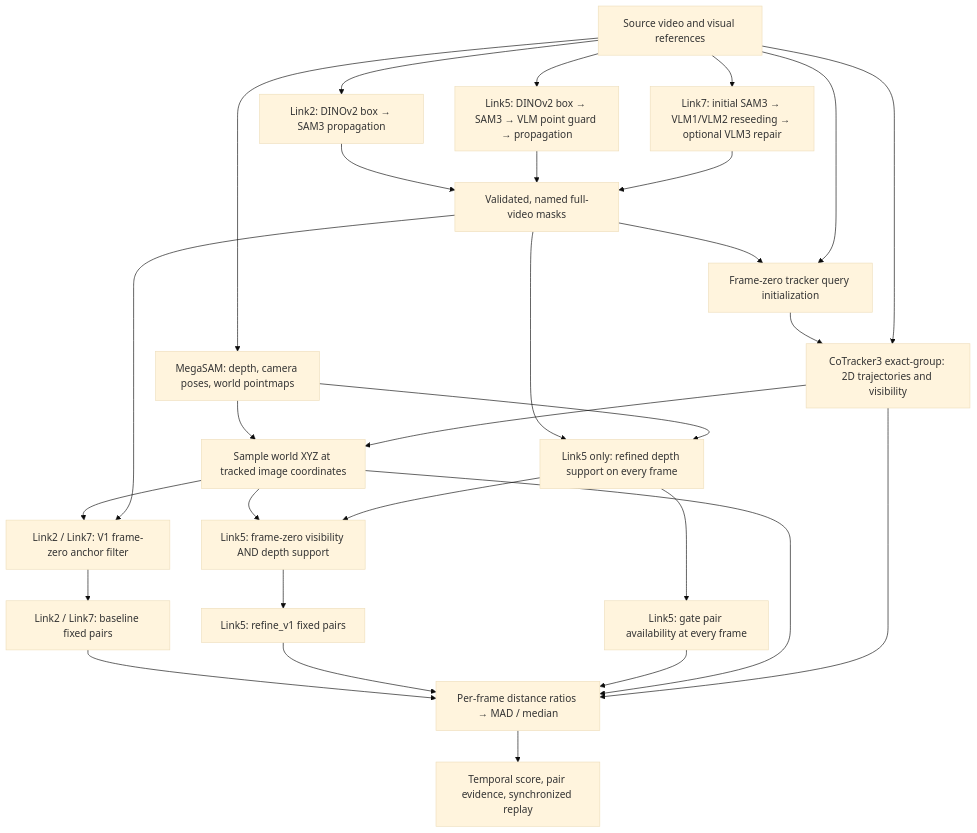
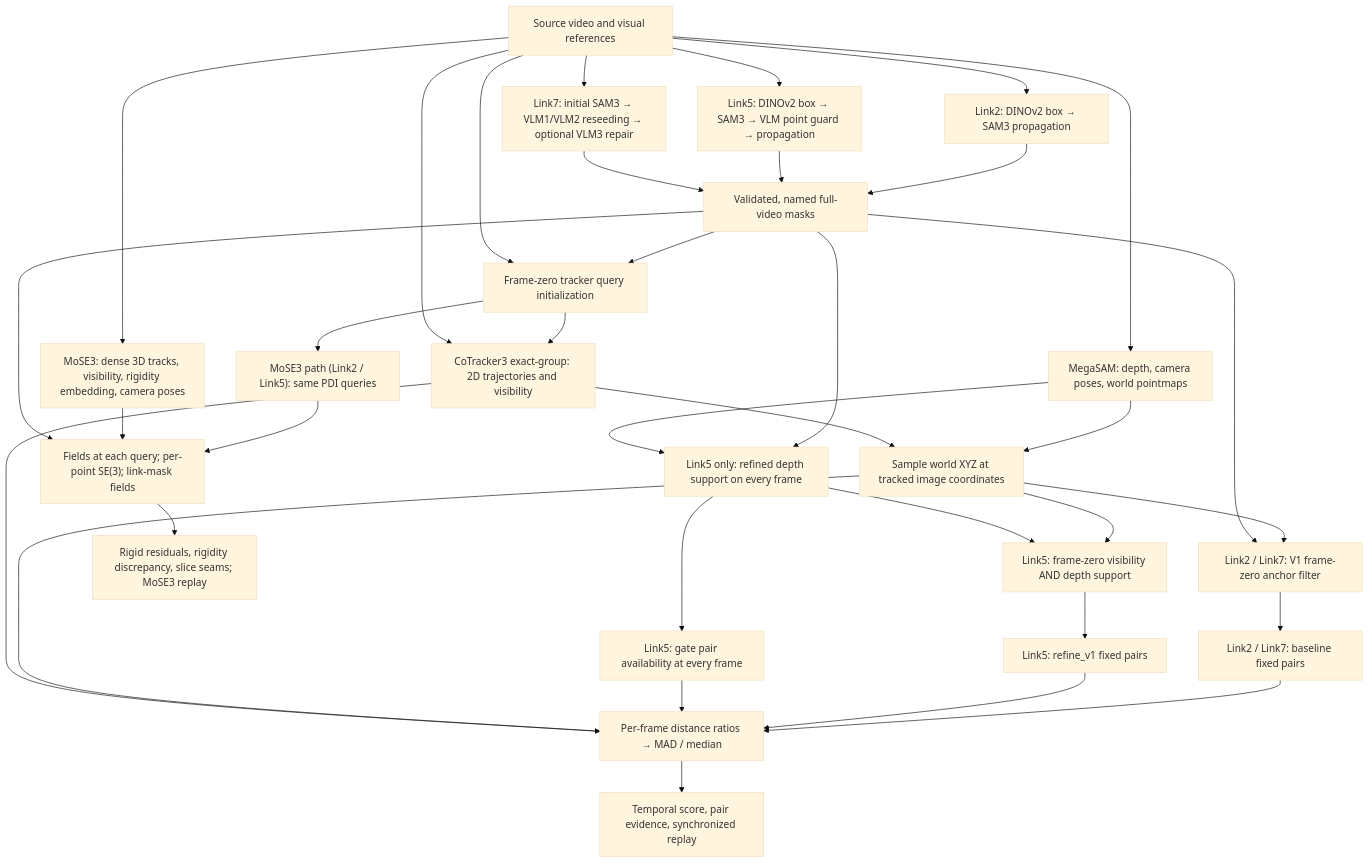
The first of 4 diagrams in robot/ARCHITECTURE.md (Wilsonnijc-bot/robot_object_deformation_detect), drawn with Mermaid (base theme) before and after one commit. The commit also changed other lines of this file and 46 other files, not shown here.

First line of the commit message:
Add the MoSE3 tracking path for Link2 and Link5, parallel to PDI pairs

````diff
--- a/robot/ARCHITECTURE.md
+++ b/robot/ARCHITECTURE.md
@@ -18,31 +24,37 @@
 ```mermaid
 flowchart TD
     V["Source video and visual references"] --> L2["Link2: DINOv2 box → SAM3 propagation"]
     V --> L5["Link5: DINOv2 box → SAM3 → VLM point guard → propagation"]
     V --> L7["Link7: initial SAM3 → VLM1/VLM2 reseeding → optional VLM3 repair"]
     L2 --> M["Validated, named full-video masks"]
     L5 --> M
     L7 --> M
     V --> G["MegaSAM: depth, camera poses, world pointmaps"]
     M --> Q["Frame-zero tracker query initialization"]
     V --> Q
     Q --> C["CoTracker3 exact-group: 2D trajectories and visibility"]
     V --> C
     G --> X["Sample world XYZ at tracked image coordinates"]
     C --> X
     X --> A27["Link2 / Link7: V1 frame-zero anchor filter"]
     M --> A27
     A27 --> P27["Link2 / Link7: baseline fixed pairs"]
     M --> D5["Link5 only: refined depth support on every frame"]
     G --> D5
     X --> A5["Link5: frame-zero visibility AND depth support"]
     D5 --> A5
     A5 --> P5["Link5: refine_v1 fixed pairs"]
     P27 --> R["Per-frame distance ratios → MAD / median"]
     P5 --> R
     D5 --> AV5["Link5: gate pair availability at every frame"]
     AV5 --> R
     X --> R
     C --> R
     R --> O["Temporal score, pair evidence, synchronized replay"]
+    Q --> MQ["MoSE3 path (Link2 / Link5): same PDI queries"]
+    V --> MF["MoSE3: dense 3D tracks, visibility, rigidity embedding, camera poses"]
+    MQ --> MS["Fields at each query; per-point SE(3); link-mask fields"]
+    MF --> MS
+    M --> MS
+    MS --> MO["Rigid residuals, rigidity discrepancy, slice seams; MoSE3 replay"]
 ```
````
